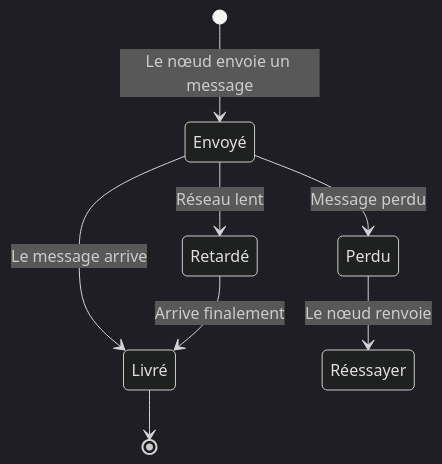
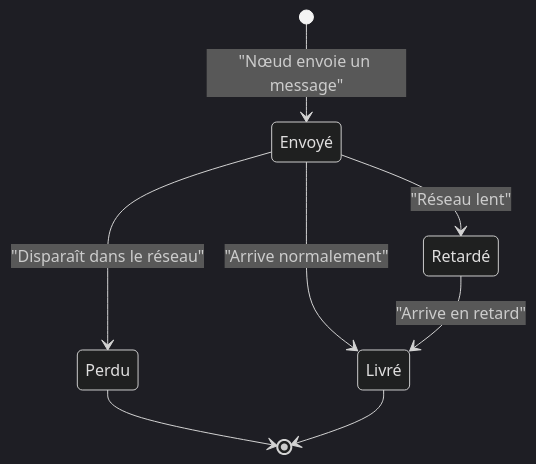
Before and after one commit to dardourimohamed/distributed-systems-course: the fourth of 6 diagrams in src/consensus/11-what-is-consensus.md, drawn with Mermaid (dark theme). The commit also changed other lines of this file and 48 other files, not shown here.

````diff
--- a/src/consensus/11-what-is-consensus.md
+++ b/src/consensus/11-what-is-consensus.md
@@ -155,10 +105,10 @@
 ```mermaid
 stateDiagram-v2
-    [*] --> Envoyé: Le nœud envoie un message
-    Envoyé --> Livré: Le message arrive
-    Envoyé --> Perdu: Message perdu
-    Envoyé --> Retardé: Réseau lent
-    Retardé --> Livré: Arrive finalement
-    Perdu --> Réessayer: Le nœud renvoie
+    [*] --> Envoyé: "Nœud envoie un message"
+    Envoyé --> Livré: "Arrive normalement"
+    Envoyé --> Perdu: "Disparaît dans le réseau"
+    Envoyé --> Retardé: "Réseau lent"
+    Retardé --> Livré: "Arrive en retard"
+    Perdu --> [*]
     Livré --> [*]
 ```
````
